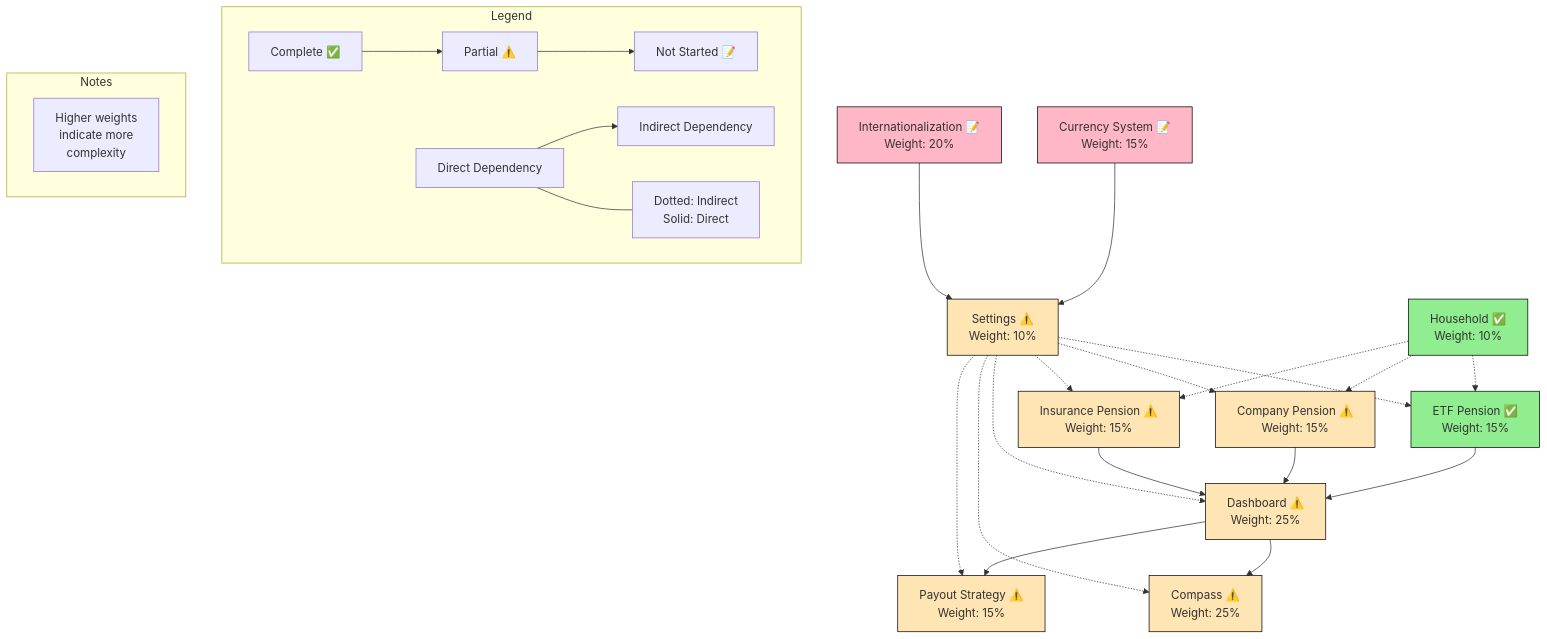
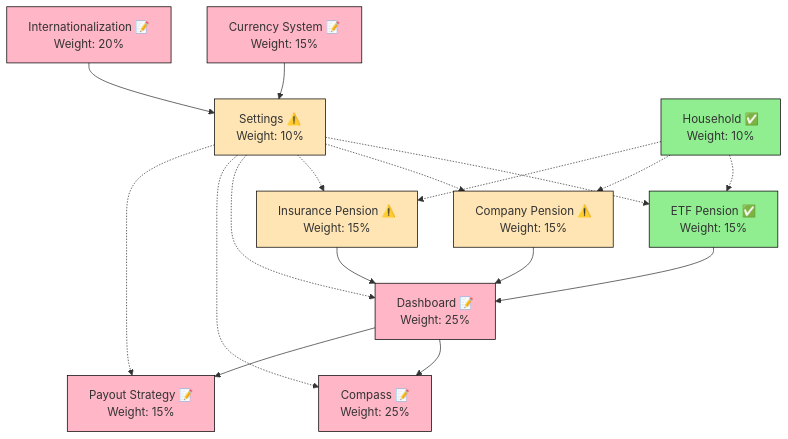
The first of 2 diagrams in PROGRESS.md (my-axel/goldfinch), drawn with Mermaid before and after one commit. The commit also changed other lines of this file and 8 other files, not shown here.

````diff
--- a/PROGRESS.md
+++ b/PROGRESS.md
@@ -36,51 +38,38 @@
 ```mermaid
 graph TD
     %% Core Modules
     ETF[ETF Pension ✅<br/>Weight: 15%] --> D
     CP[Company Pension ⚠️<br/>Weight: 15%] --> D
     IP[Insurance Pension ⚠️<br/>Weight: 15%] --> D
-    D[Dashboard ⚠️<br/>Weight: 25%] --> C
+    D[Dashboard 📝<br/>Weight: 25%] --> C
     D --> PS
     
     %% Dependent Modules
-    C[Compass ⚠️<br/>Weight: 25%]
-    PS[Payout Strategy ⚠️<br/>Weight: 15%]
+    C[Compass 📝<br/>Weight: 25%]
+    PS[Payout Strategy 📝<br/>Weight: 15%]
     
     %% Cross-Cutting Features
     CS[Currency System 📝<br/>Weight: 15%] --> S
     I18n[Internationalization 📝<br/>Weight: 20%] --> S
     
     %% Settings affects all modules
     S[Settings ⚠️<br/>Weight: 10%] -.-> ETF
     S -.-> CP
     S -.-> IP
     S -.-> D
     S -.-> C
     S -.-> PS
     
     %% Household integration
     H[Household ✅<br/>Weight: 10%] -.-> ETF
     H -.-> CP
     H -.-> IP
     
     %% Styling
     classDef complete fill:#90EE90,stroke:#000
     classDef partial fill:#FFE5B4,stroke:#000
     classDef notStarted fill:#FFB6C6,stroke:#000
     class ETF,H complete
-    class CP,IP,D,C,PS,S partial
-    class CS,I18n notStarted
-    
-    %% Legend
-    subgraph Legend
-        L1[Complete ✅] --> L2[Partial ⚠️]
-        L2 --> L3[Not Started 📝]
-        L4[Direct Dependency] --> L5[Indirect Dependency]
-        L4 --- L6[Dotted: Indirect<br/>Solid: Direct]
-    end
-
-    %% Notes
-    subgraph Notes
-        N1[Higher weights<br/>indicate more<br/>complexity]
-    end
+    class CP,IP,S partial
+    class CS,I18n,D,C,PS notStarted
 ```
````
